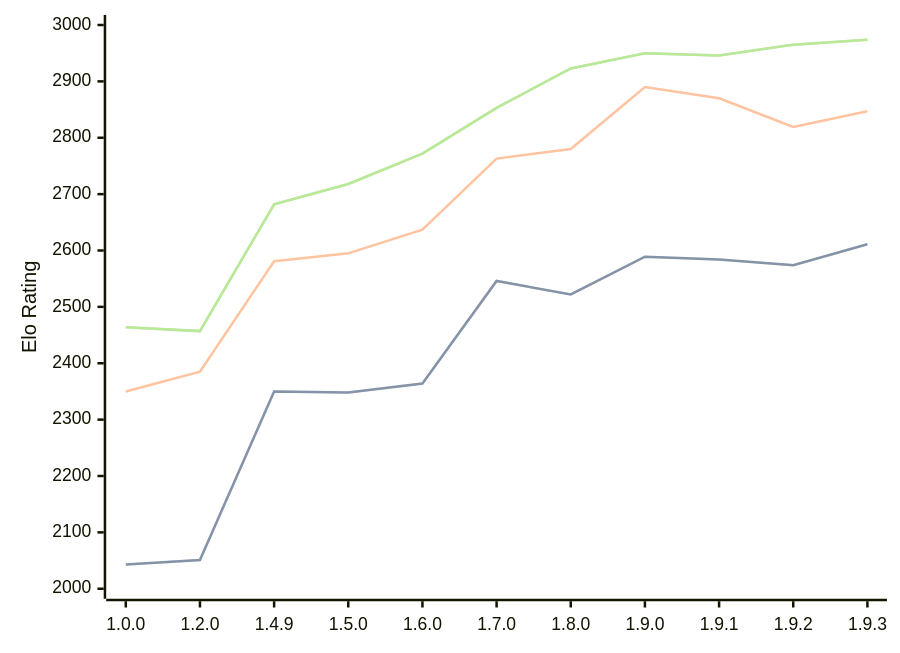
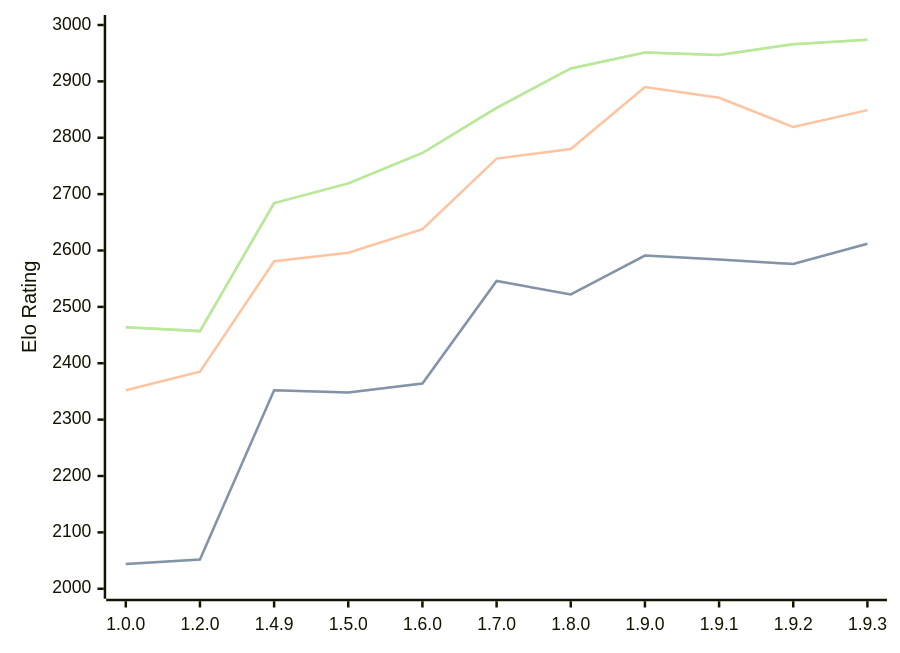
One commit to computer-chess-index/cci changed the diagram in engines/Basilisk.md. Above: the diagram before and after it, drawn with Mermaid. The commit also changed other lines of this file, not shown here.

Commit message:
Update CCI Ratings (ELO VLTC) - 2026-09-07

````diff
--- a/engines/Basilisk.md
+++ b/engines/Basilisk.md
@@ -54,11 +54,11 @@
 ```mermaid
 %%{init: {"theme":"base","themeVariables":{"seriesColors:['#a3a3a3','#222221','#faa371']}}}%%
 xychart-beta
   x-axis ["1.0.0", "1.2.0", "1.4.9", "1.5.0", "1.6.0", "1.7.0", "1.8.0", "1.9.0", "1.9.1", "1.9.2", "1.9.3"]
   y-axis "Elo Rating" 2000 --> 3000
-  line "" [2043, 2051, 2350, 2348, 2364, 2546, 2522, 2589, 2584, 2574, 2611]
-  line "STC (8.0+0.08s)" [2043, 2051, 2350, 2348, 2364, 2546, 2522, 2589, 2584, 2574, 2611]
-  line "LTC (60.0+0.60s)" [2350, 2385, 2581, 2595, 2637, 2763, 2780, 2890, 2870, 2819, 2847]
-  line "" [2464, 2457, 2682, 2718, 2772, 2853, 2923, 2950, 2946, 2965, 2974]
-  line "VLTC (2m24s+1.12s)" [2464, 2457, 2682, 2718, 2772, 2853, 2923, 2950, 2946, 2965, 2974]
+  line "" [2044, 2052, 2352, 2348, 2364, 2546, 2522, 2591, 2584, 2576, 2612]
+  line "STC (8.0+0.08s)" [2044, 2052, 2352, 2348, 2364, 2546, 2522, 2591, 2584, 2576, 2612]
+  line "LTC (60.0+0.60s)" [2352, 2385, 2581, 2596, 2638, 2763, 2780, 2890, 2871, 2819, 2849]
+  line "" [2464, 2457, 2684, 2719, 2773, 2853, 2923, 2951, 2947, 2966, 2974]
+  line "VLTC (2m24s+1.12s)" [2464, 2457, 2684, 2719, 2773, 2853, 2923, 2951, 2947, 2966, 2974]
 ```
````
